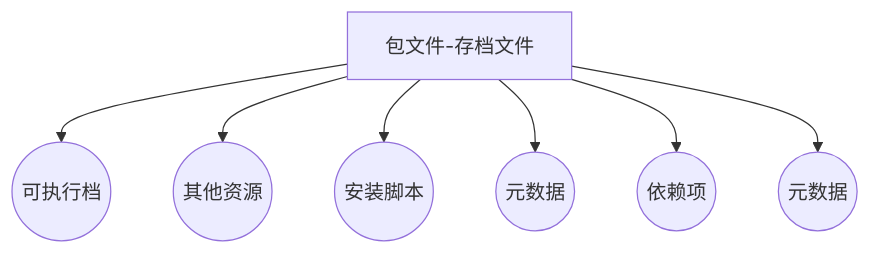
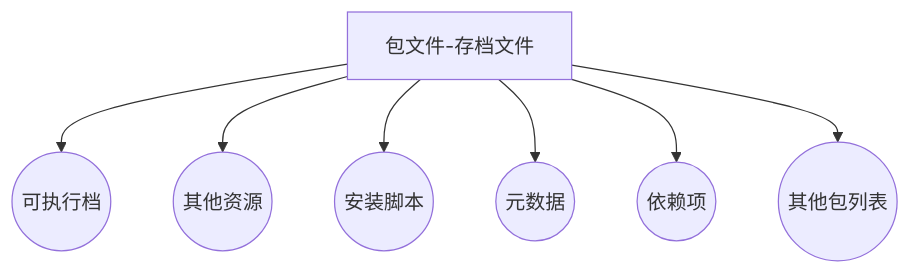
One commit to RisunJiang/notebook changed the fourth of 4 diagrams in 包管理.md. Above: the diagram before and after it, drawn with Mermaid. The commit also changed other lines of this file, not shown here.

Commit message:
包管理.md updated from https://stackedit.io/

````diff
--- a/包管理.md
+++ b/包管理.md
@@ -25,9 +25,9 @@
 ```mermaid
 graph TD
 A[包文件-存档文件] --> B((可执行档))
 A --> C((其他资源))
 A --> D((安装脚本))
 A --> E((元数据))
 A --> F((依赖项))
-A --> G((元数据))
+A --> G((其他包列表))
 ```
````
